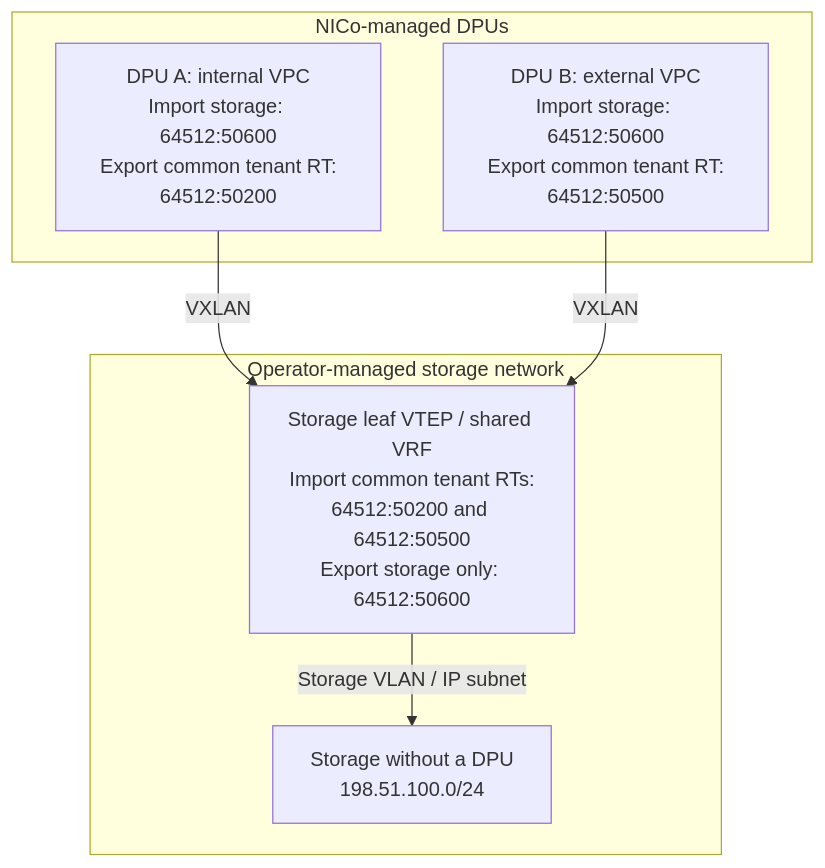
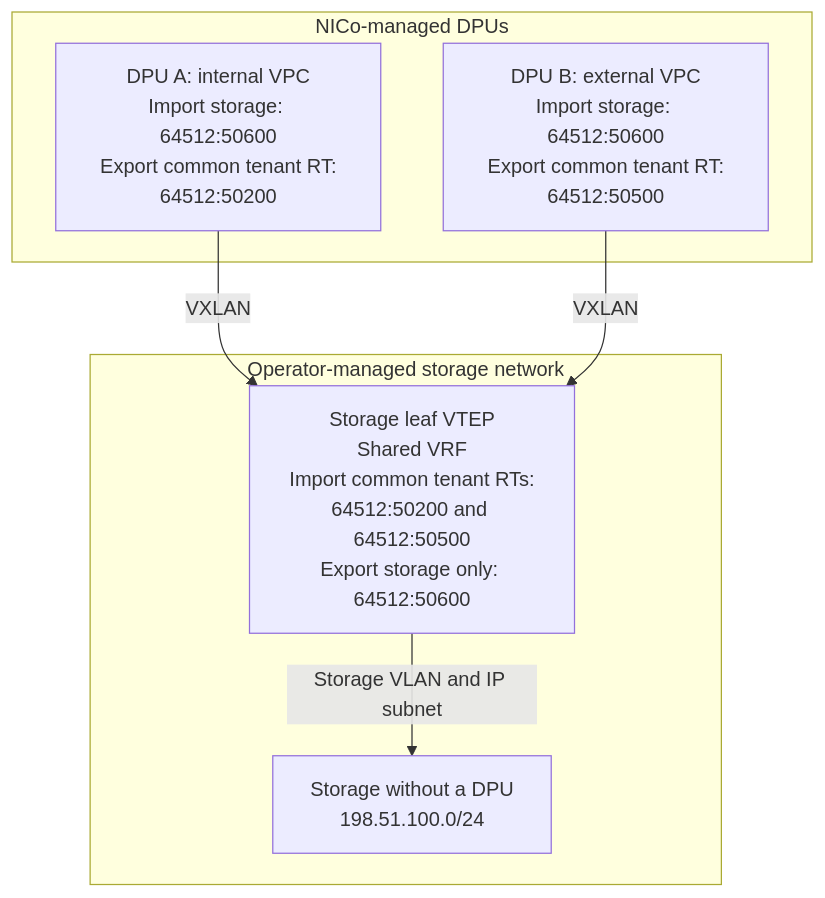
The diagram in docs/manuals/vpc/tenant_connectivity.md (dsx-ai-factory/infra-controller), drawn with Mermaid before and after one commit. The commit also changed other lines of this file and 3 other files, not shown here.

````diff
--- a/docs/manuals/vpc/tenant_connectivity.md
+++ b/docs/manuals/vpc/tenant_connectivity.md
@@ -58,15 +62,15 @@
 ```mermaid
 flowchart TB
     subgraph managedDpus["NICo-managed DPUs"]
         dpuA["DPU A: internal VPC<br/>Import storage: 64512:50600<br/>Export common tenant RT:<br/>64512:50200"]
         dpuB["DPU B: external VPC<br/>Import storage: 64512:50600<br/>Export common tenant RT:<br/>64512:50500"]
     end
     subgraph storageNetwork["Operator-managed storage network"]
-        leaf["Storage leaf VTEP / shared VRF<br/>Import common tenant RTs:<br/>64512:50200 and 64512:50500<br/>Export storage only: 64512:50600"]
+        leaf["Storage leaf VTEP<br/>Shared VRF<br/>Import common tenant RTs:<br/>64512:50200 and 64512:50500<br/>Export storage only: 64512:50600"]
         storage["Storage without a DPU<br/>198.51.100.0/24"]
-        leaf -->|"Storage VLAN / IP subnet"| storage
+        leaf -->|"Storage VLAN and IP subnet"| storage
     end
 
     dpuA -->|"VXLAN"| leaf
     dpuB -->|"VXLAN"| leaf
 ```
````
